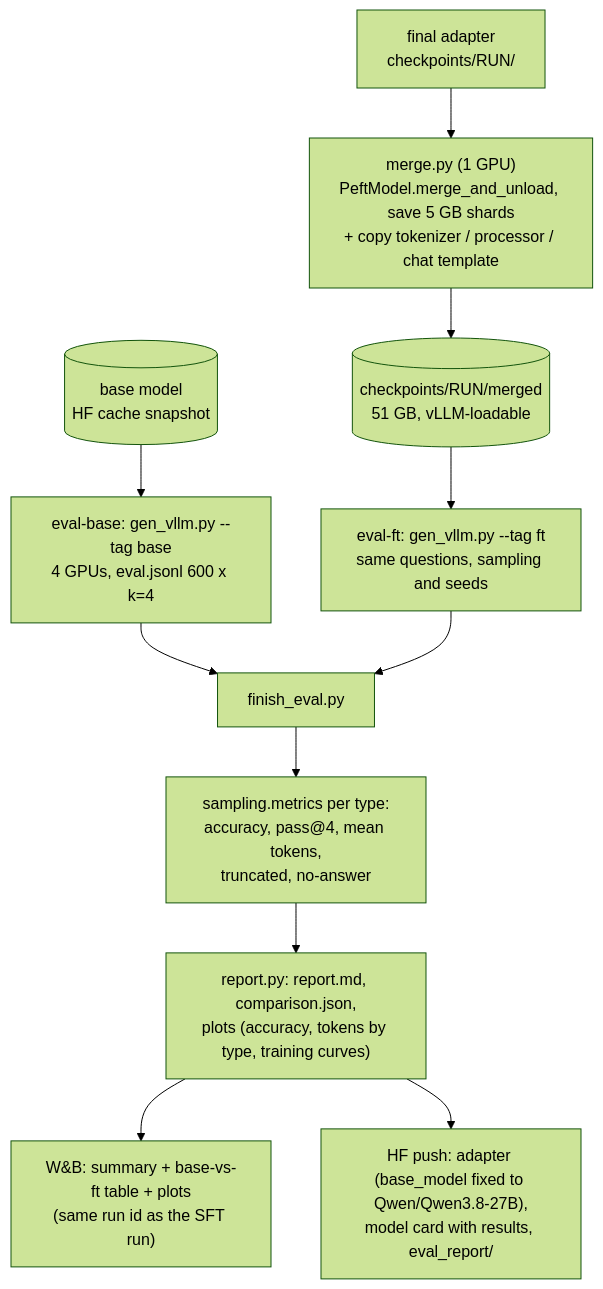
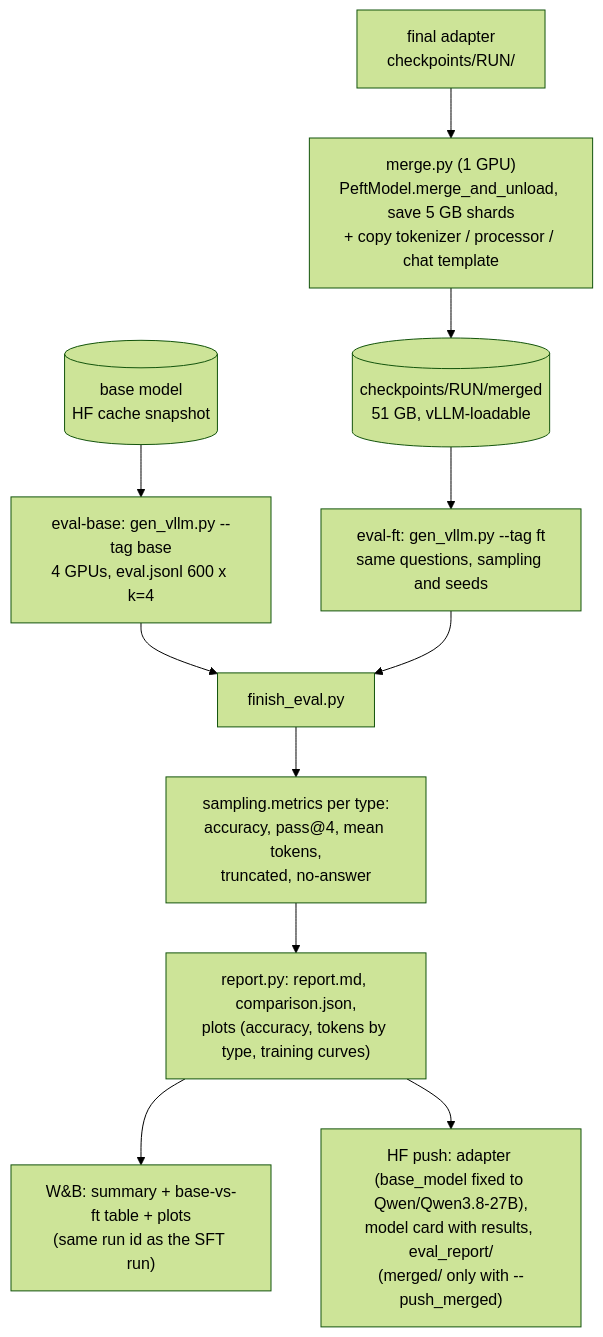
Diagram 12 of 14 in cricket/ARCHITECTURE.md (balakreshnan/CricketDataFineTuning), drawn with Mermaid (forest theme) before and after one commit. The commit also changed other lines of this file and 4 other files, not shown here.

````diff
--- a/cricket/ARCHITECTURE.md
+++ b/cricket/ARCHITECTURE.md
@@ -345,13 +348,13 @@
 ```mermaid
 flowchart TD
   CK["final adapter<br/>checkpoints/RUN/"] --> M["merge.py (1 GPU)<br/>PeftModel.merge_and_unload, save 5 GB shards<br/>+ copy tokenizer / processor / chat template"]
   M --> MD[("checkpoints/RUN/merged<br/>51 GB, vLLM-loadable")]
   BM[("base model<br/>HF cache snapshot")] --> EB["eval-base: gen_vllm.py --tag base<br/>4 GPUs, eval.jsonl 600 x k=4"]
   MD --> EF["eval-ft: gen_vllm.py --tag ft<br/>same questions, sampling and seeds"]
   EB --> FE["finish_eval.py"]
   EF --> FE
   FE --> MET["sampling.metrics per type:<br/>accuracy, pass@4, mean tokens,<br/>truncated, no-answer"]
   MET --> REP["report.py: report.md, comparison.json,<br/>plots (accuracy, tokens by type, training curves)"]
   REP --> WB["W&B: summary + base-vs-ft table + plots<br/>(same run id as the SFT run)"]
-  REP --> HUB["HF push: adapter (base_model fixed to Qwen/Qwen3.8-27B),<br/>model card with results, eval_report/"]
+  REP --> HUB["HF push: adapter (base_model fixed to Qwen/Qwen3.8-27B),<br/>model card with results, eval_report/<br/>(merged/ only with --push_merged)"]
 ```
````
